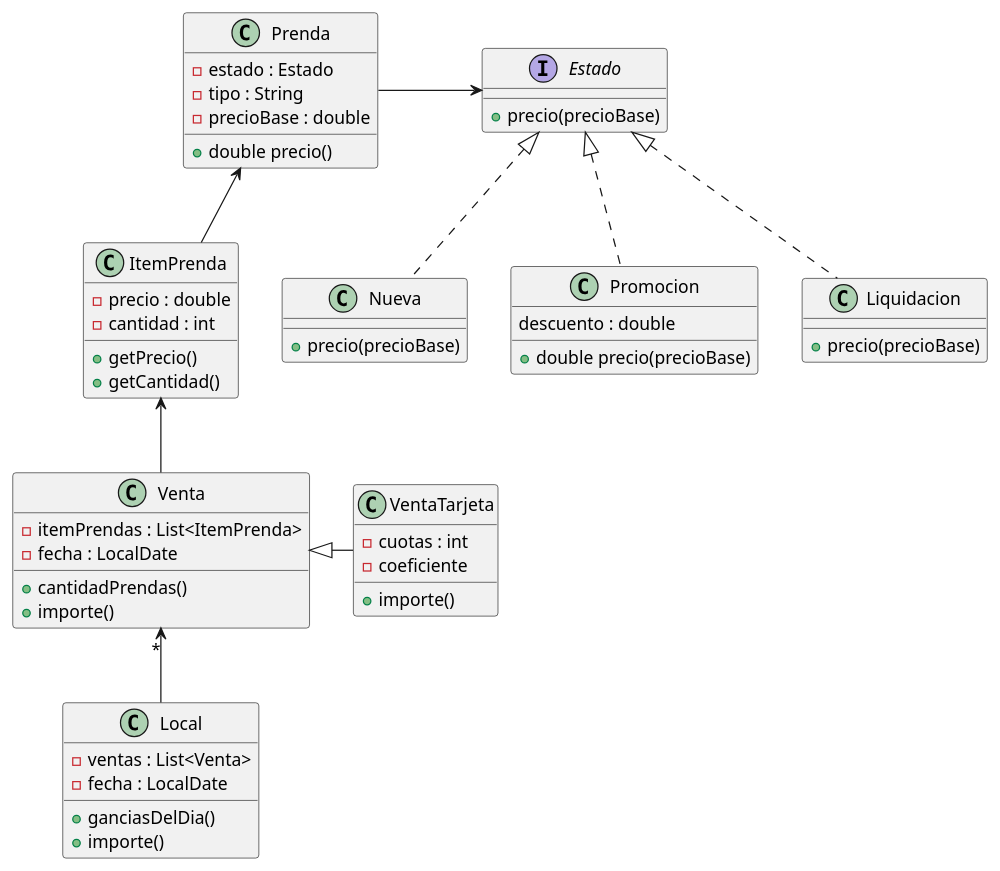
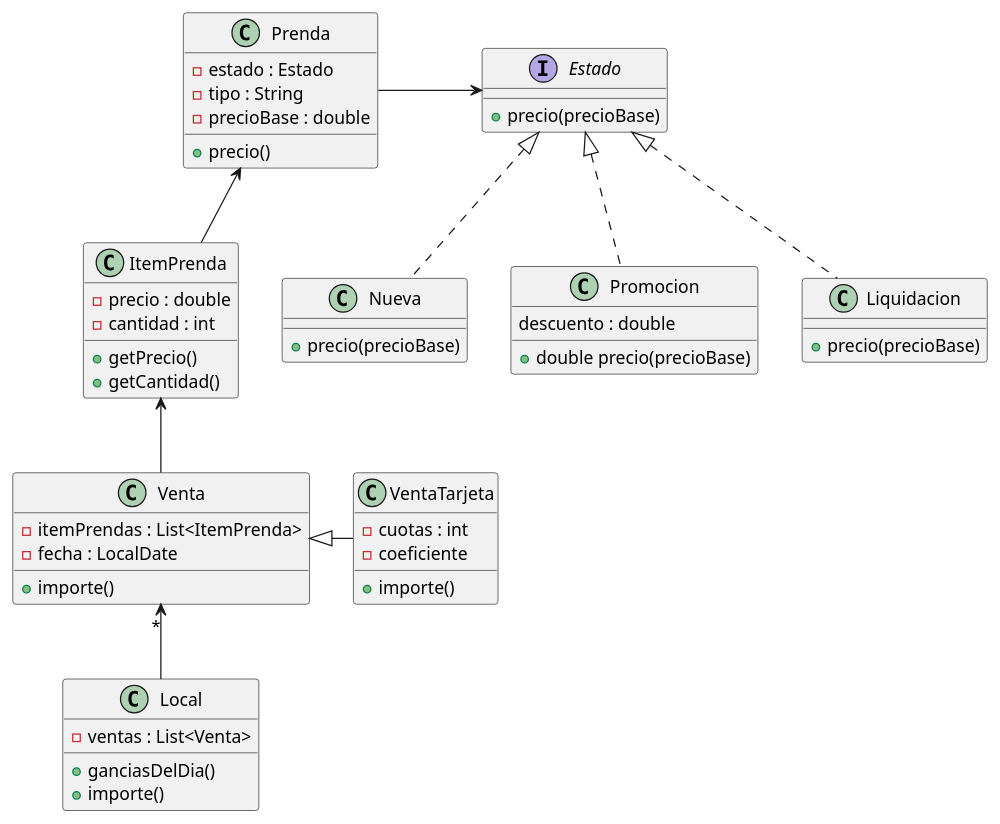
Before and after one commit to MariLain/MacoWins-TPI1-2026: the diagram in TP0/TP0.puml, drawn with PlantUML. The commit also changed 5 other files, not shown here.

Commit message:
uml en plant uml y png agregado, explicacion completa

```diff
--- a/TP0/TP0.puml
+++ b/TP0/TP0.puml
@@ -1,69 +1,67 @@
 @startuml
 'https://plantuml.com/class-diagram
 
 class Prenda
 interface Estado
 class Nueva
 class Promocion
 class Liquidacion
 
 Estado <|.. Nueva
 Estado <|.. Promocion
 Estado <|.. Liquidacion
 Prenda -R-> Estado
 
 interface Estado {
 +precio(precioBase)
 }
 class Nueva {
 +precio(precioBase)
 }
 class Promocion {
 descuento : double
 +double precio(precioBase)
 }
 class Liquidacion {
  +precio(precioBase)
 }
 
 class Prenda {
 - estado : Estado
 - tipo : String
 -precioBase : double
- +double precio()
+ +precio()
 }
 
 class ItemPrenda {
 -precio : double
 -cantidad : int
 +getPrecio()
 +getCantidad()
 }
 
 class Venta {
 -itemPrendas : List<ItemPrenda>
 -fecha : LocalDate
-+cantidadPrendas()
 +importe()
 }
 
 class Local {
 -ventas : List<Venta>
--fecha : LocalDate
 +ganciasDelDia()
 +importe()
 }
 
 ItemPrenda -UP-> Prenda
 Venta -UP->  ItemPrenda
 Local -UP->"*" Venta
 
 class VentaTarjeta {
 -cuotas : int
 -coeficiente
 +importe()
 }
 
 VentaTarjeta -L-|> Venta
 
 @enduml
```
